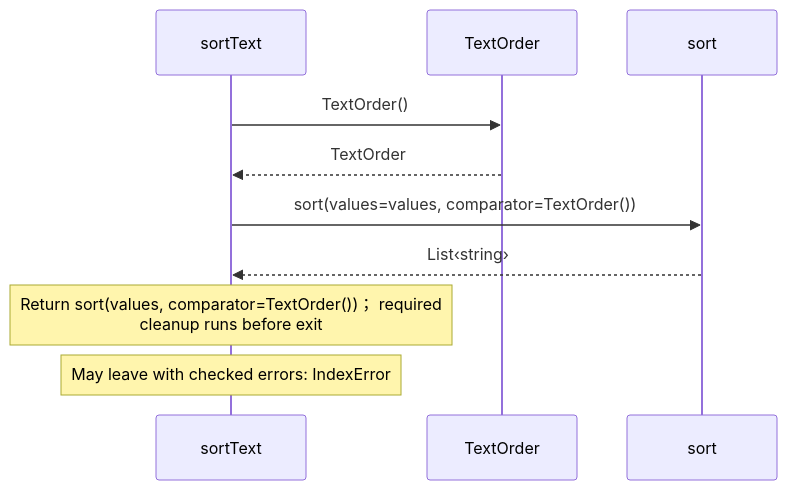
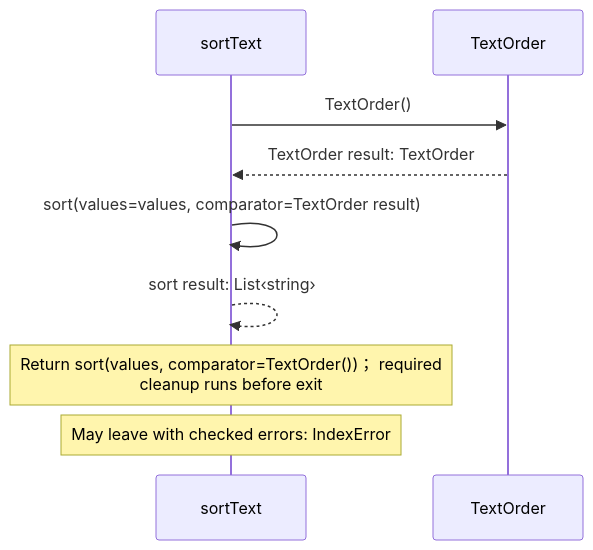
Diagram 21 of 21 in src/stdlib/collections/operations.aug.diagrams.md (GreenPandaStudios/augscript), drawn with Mermaid before and after one commit. The commit also changed other lines of this file and 304 other files, not shown here.

Commit message:
Make generated data-flow sequences concise and review every diagram

````diff
--- a/src/stdlib/collections/operations.aug.diagrams.md
+++ b/src/stdlib/collections/operations.aug.diagrams.md
@@ -362,12 +431,11 @@
 ```mermaid
 sequenceDiagram
     participant p0 as sortText
     participant p1 as TextOrder
-    participant p2 as sort
     p0->>p1: TextOrder()
-    p1-->>p0: TextOrder
-    p0->>p2: sort(values=values, comparator=TextOrder())
-    p2-->>p0: List‹string›
+    p1-->>p0: TextOrder result: TextOrder
+    p0->>p0: sort(values=values, comparator=TextOrder result)
+    p0-->>p0: sort result: List‹string›
     Note over p0: Return sort(values, comparator=TextOrder())； required<br/>cleanup runs before exit
     Note over p0: May leave with checked errors: IndexError
 ```
````
